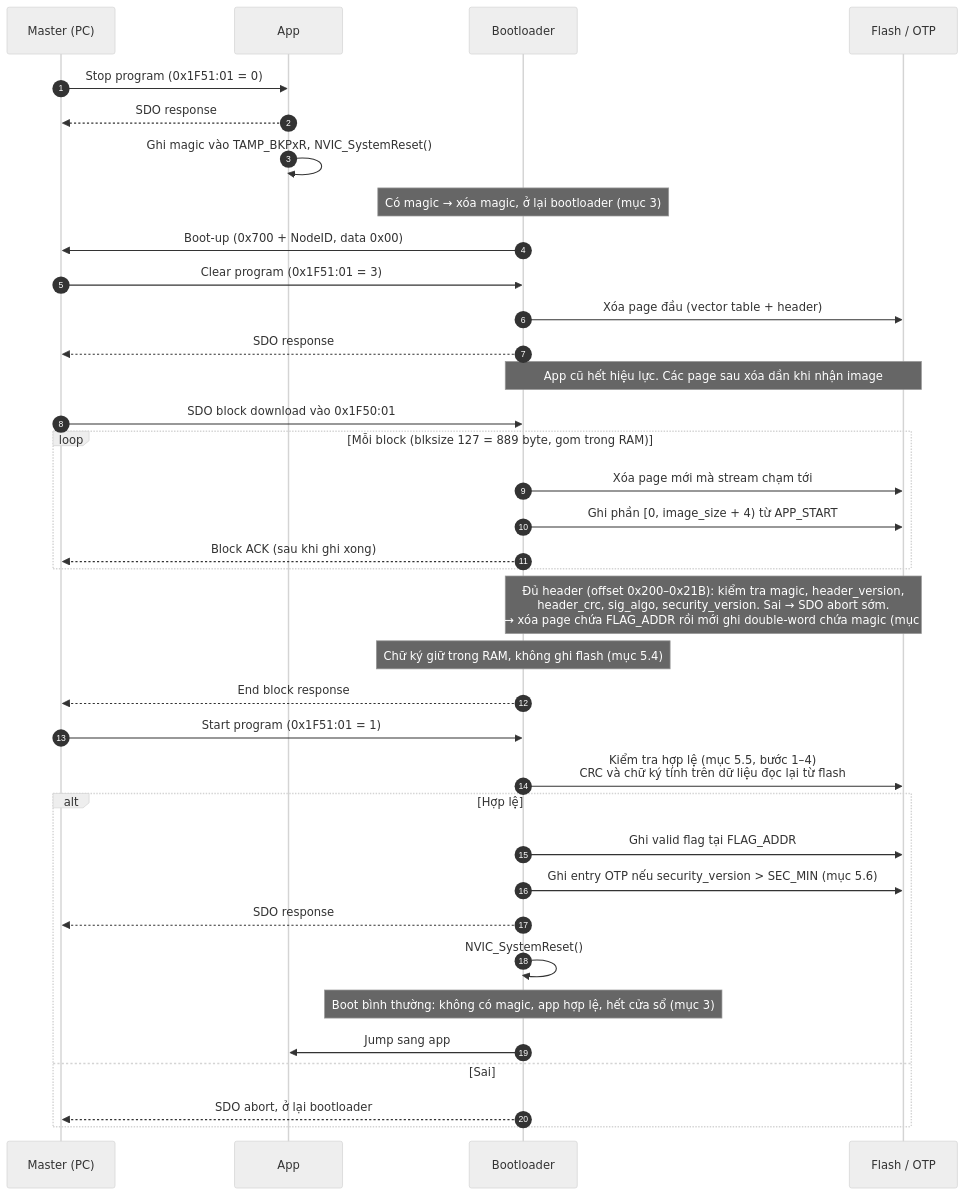
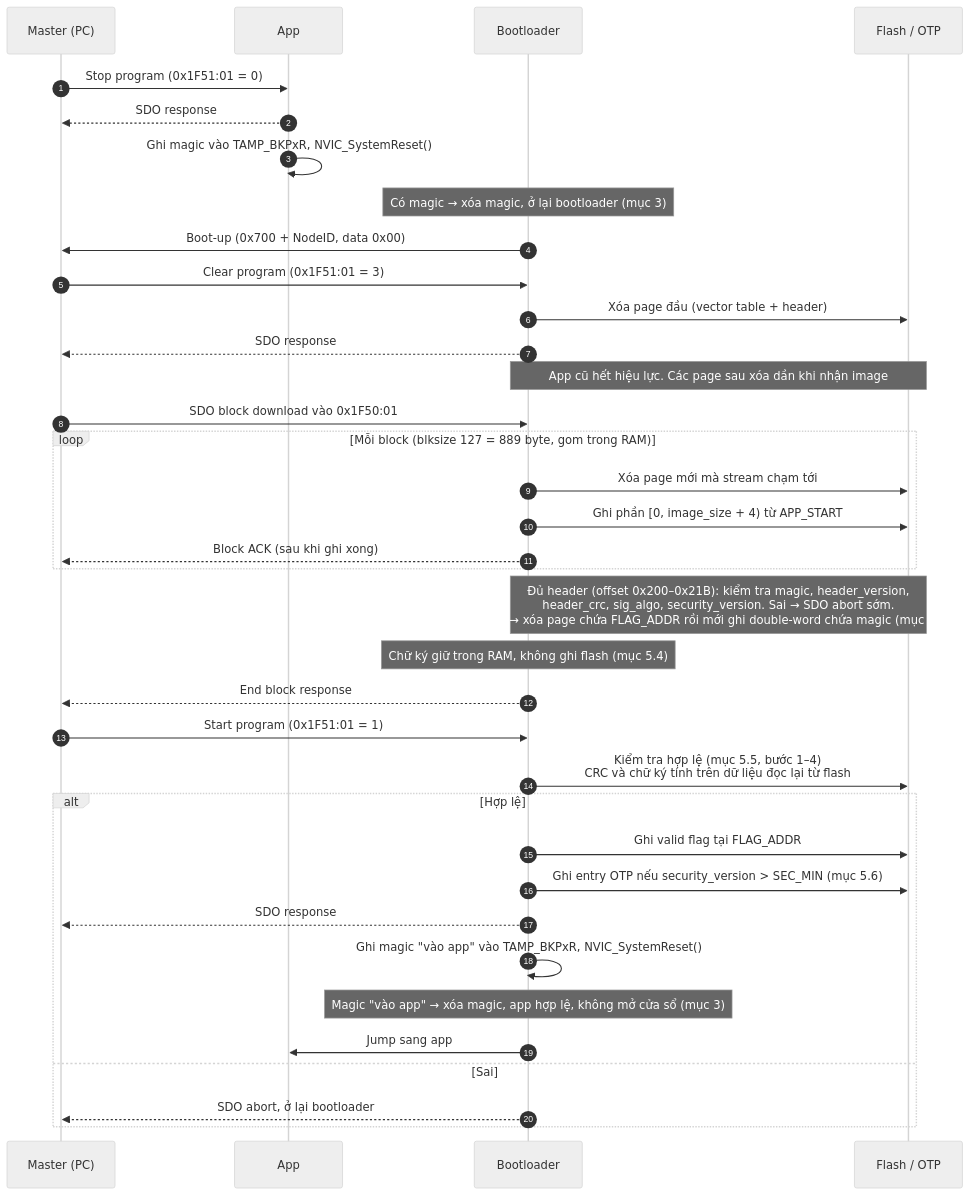
One commit to linh97abc/stm32_canopen_bootloader changed the third of 5 diagrams in docs/design.md. Above: the diagram before and after it, drawn with Mermaid (neutral theme). The commit also changed other lines of this file and 5 other files, not shown here.

Commit message:
Thêm magic START_APP: sau Start vào thẳng app, bỏ qua cửa sổ cứu node

````diff
--- a/docs/design.md
+++ b/docs/design.md
@@ -177,42 +191,42 @@
 ```mermaid
 sequenceDiagram
     autonumber
     participant M as Master (PC)
     participant A as App
     participant B as Bootloader
     participant F as Flash / OTP
 
     M->>A: Stop program (0x1F51:01 = 0)
     A-->>M: SDO response
     A->>A: Ghi magic vào TAMP_BKPxR, NVIC_SystemReset()
     Note over B: Có magic → xóa magic, ở lại bootloader (mục 3)
     B->>M: Boot-up (0x700 + NodeID, data 0x00)
 
     M->>B: Clear program (0x1F51:01 = 3)
     B->>F: Xóa page đầu (vector table + header)
     B-->>M: SDO response
     Note over B,F: App cũ hết hiệu lực. Các page sau xóa dần khi nhận image
 
     M->>B: SDO block download vào 0x1F50:01
     loop Mỗi block (blksize 127 = 889 byte, gom trong RAM)
         B->>F: Xóa page mới mà stream chạm tới
         B->>F: Ghi phần [0, image_size + 4) từ APP_START
         B-->>M: Block ACK (sau khi ghi xong)
     end
     Note over B,F: Đủ header (offset 0x200–0x21B): kiểm tra magic, header_version,<br/>header_crc, sig_algo, security_version. Sai → SDO abort sớm.<br/>Đúng → xóa page chứa FLAG_ADDR rồi mới ghi double-word chứa magic (mục 5.1.1)
     Note over B: Chữ ký giữ trong RAM, không ghi flash (mục 5.4)
     B-->>M: End block response
 
     M->>B: Start program (0x1F51:01 = 1)
     B->>F: Kiểm tra hợp lệ (mục 5.5, bước 1–4)<br/>CRC và chữ ký tính trên dữ liệu đọc lại từ flash
     alt Hợp lệ
         B->>F: Ghi valid flag tại FLAG_ADDR
         B->>F: Ghi entry OTP nếu security_version > SEC_MIN (mục 5.6)
         B-->>M: SDO response
-        B->>B: NVIC_SystemReset()
-        Note over B: Boot bình thường: không có magic, app hợp lệ, hết cửa sổ (mục 3)
+        B->>B: Ghi magic "vào app" vào TAMP_BKPxR, NVIC_SystemReset()
+        Note over B: Magic "vào app" → xóa magic, app hợp lệ, không mở cửa sổ (mục 3)
         B->>A: Jump sang app
     else Sai
         B-->>M: SDO abort, ở lại bootloader
     end
 ```
````
